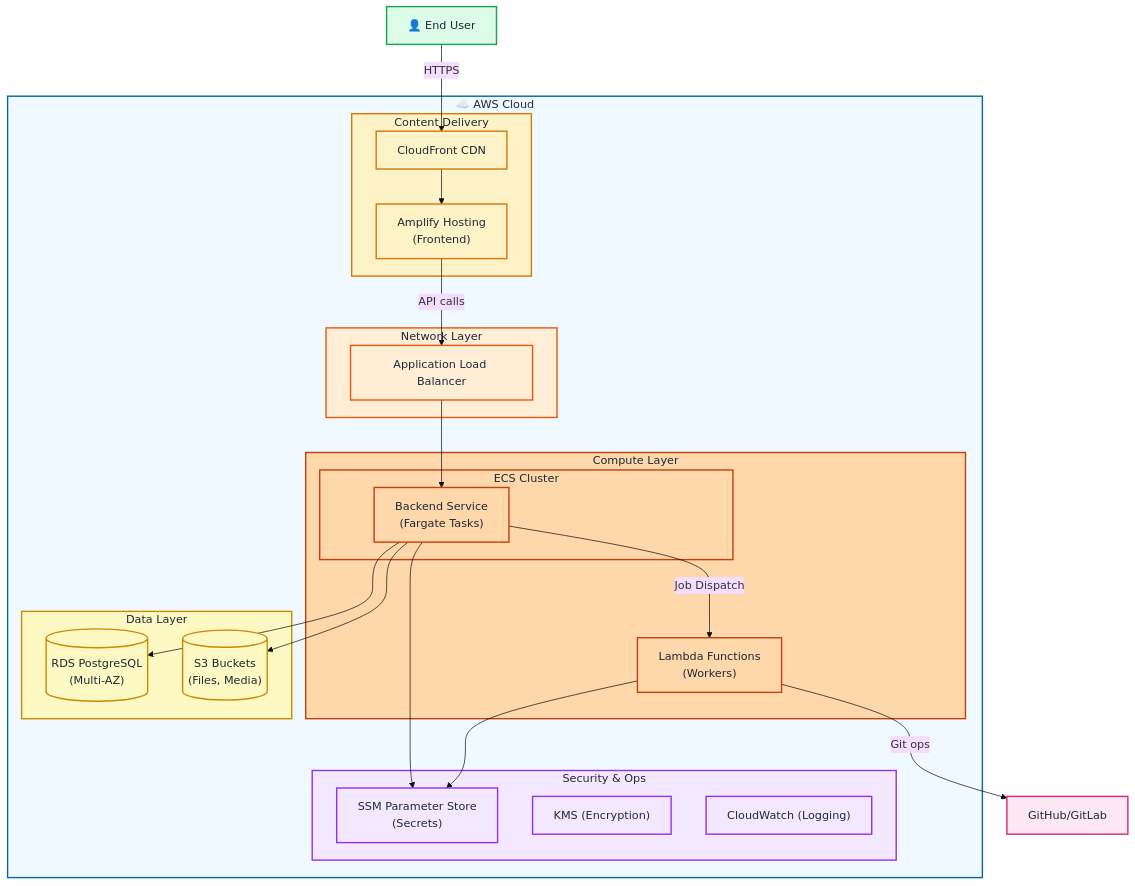
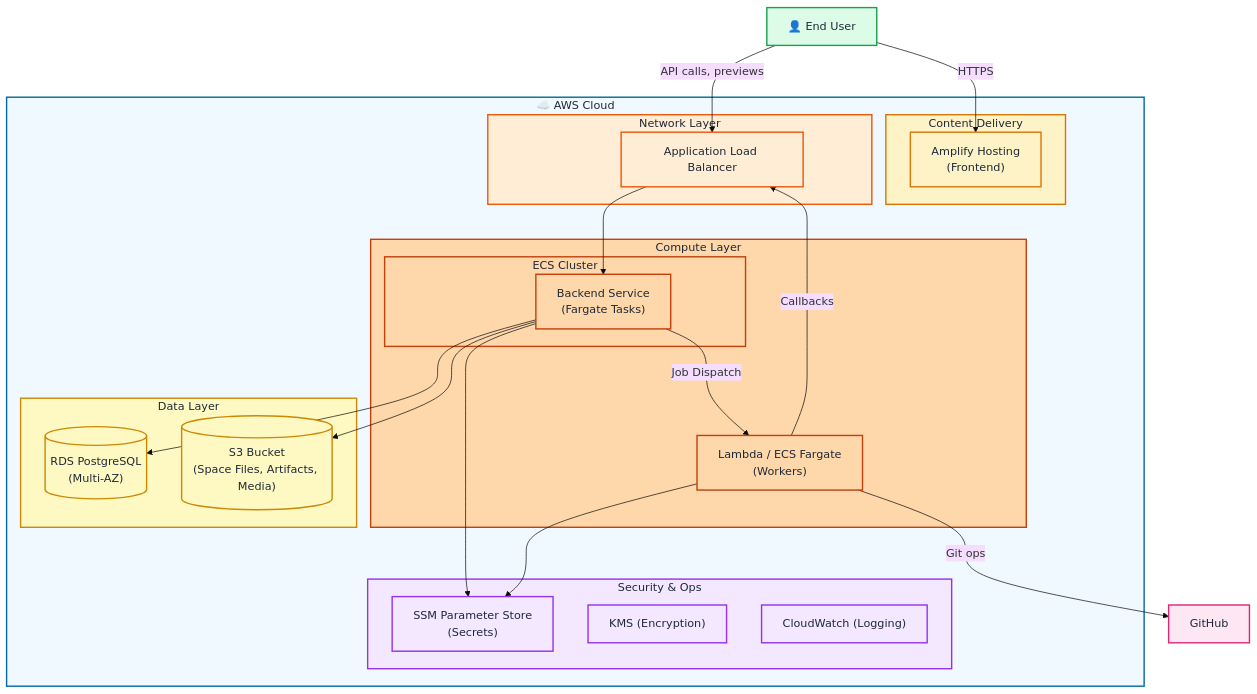
The fifth of 5 diagrams in docs/ARCHITECTURE.md (Ilities/viberglass), drawn with Mermaid (base theme) before and after one commit. The commit also changed other lines of this file and 182 other files, not shown here.

````diff
--- a/docs/ARCHITECTURE.md
+++ b/docs/ARCHITECTURE.md
@@ -328,60 +379,59 @@
 ```mermaid
 flowchart TB
     subgraph AWS["☁️ AWS Cloud"]
         subgraph CDN["Content Delivery"]
-            CF["CloudFront CDN"]
             Amplify["Amplify Hosting<br/>(Frontend)"]
         end
         
         subgraph Network["Network Layer"]
             ALB["Application Load Balancer"]
         end
         
         subgraph Compute["Compute Layer"]
             subgraph ECS["ECS Cluster"]
                 Backend["Backend Service<br/>(Fargate Tasks)"]
             end
-            Lambda["Lambda Functions<br/>(Workers)"]
+            Lambda["Lambda / ECS Fargate<br/>(Workers)"]
         end
         
         subgraph Data["Data Layer"]
             RDS[("RDS PostgreSQL<br/>(Multi-AZ)")]
-            S3[("S3 Buckets<br/>(Files, Media)")]
+            S3[("S3 Bucket<br/>(Space Files, Artifacts, Media)")]
         end
         
         subgraph Security["Security & Ops"]
             SSM["SSM Parameter Store<br/>(Secrets)"]
             KMS["KMS (Encryption)"]
             CW["CloudWatch (Logging)"]
         end
     end
     
-    User["👤 End User"] -->|"HTTPS"| CF
-    CF --> Amplify
-    Amplify -->|"API calls"| ALB
+    User["👤 End User"] -->|"HTTPS"| Amplify
+    User -->|"API calls, previews"| ALB
     ALB --> Backend
     Backend --> RDS
     Backend --> S3
     Backend --> SSM
     Backend -->|"Job Dispatch"| Lambda
     Lambda --> SSM
-    Lambda -->|"Git ops"| ExternalGit["GitHub/GitLab"]
+    Lambda -->|"Callbacks"| ALB
+    Lambda -->|"Git ops"| ExternalGit["GitHub"]
     
     classDef aws fill:#f0f9ff,stroke:#0369a1,stroke-width:2px,color:#1f2937
     classDef cdn fill:#fef3c7,stroke:#d97706,stroke-width:2px,color:#1f2937
     classDef network fill:#ffedd5,stroke:#ea580c,stroke-width:2px,color:#1f2937
     classDef compute fill:#fed7aa,stroke:#c2410c,stroke-width:2px,color:#1f2937
     classDef data fill:#fef9c3,stroke:#ca8a04,stroke-width:2px,color:#1f2937
     classDef security fill:#f3e8ff,stroke:#9333ea,stroke-width:2px,color:#1f2937
     classDef user fill:#dcfce7,stroke:#16a34a,stroke-width:2px,color:#1f2937
     classDef external fill:#fce7f3,stroke:#db2777,stroke-width:2px,color:#1f2937
     
     class AWS aws
-    class CDN,CF,Amplify cdn
+    class CDN,Amplify cdn
     class Network,ALB network
     class Compute,ECS,Backend,Lambda compute
     class Data,RDS,S3 data
     class Security,SSM,KMS,CW security
     class User user
     class ExternalGit external
 ```
````
